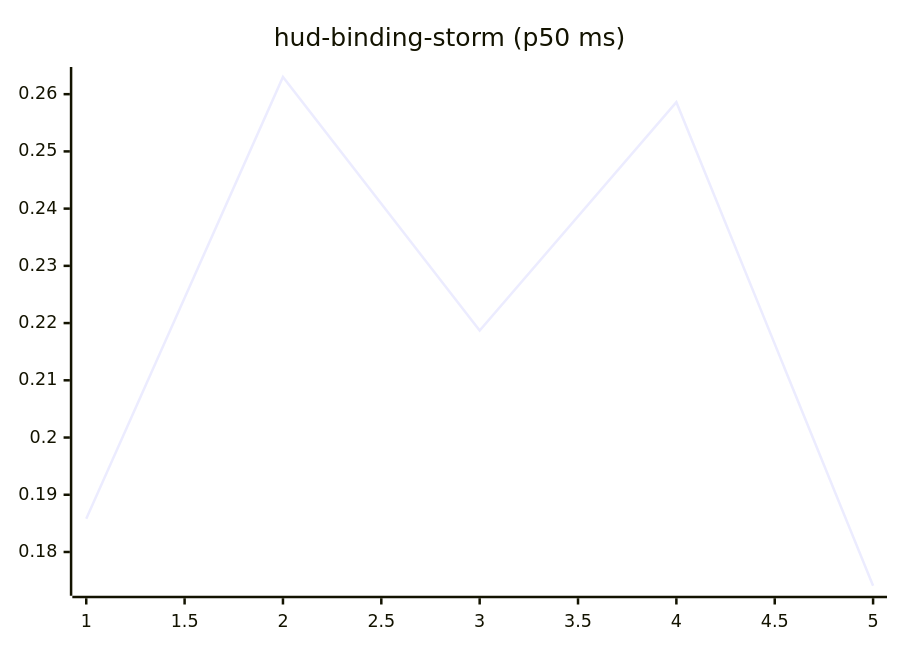
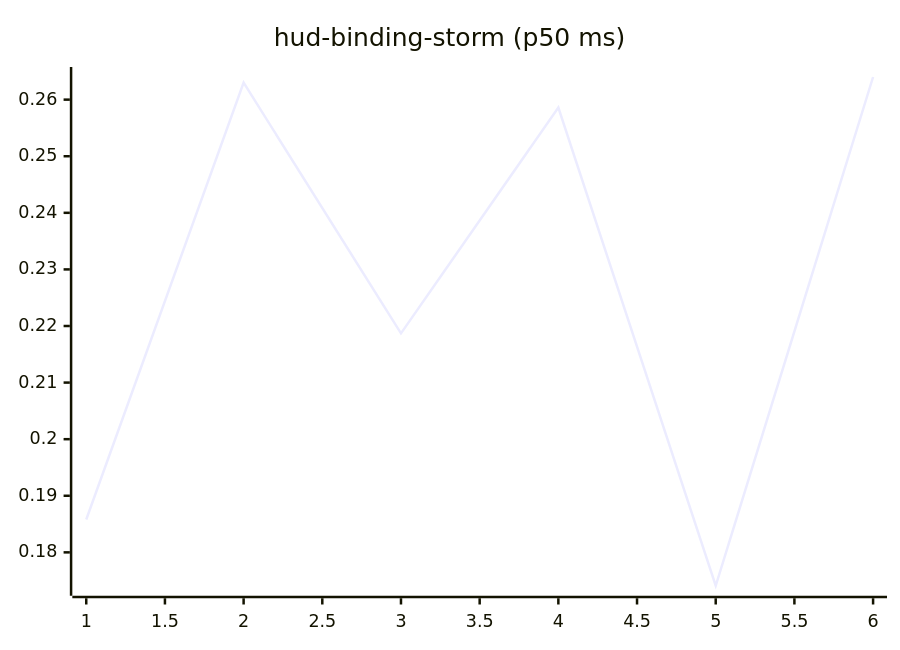
One commit to josha/Facet changed the tenth of 27 diagrams in README.md. Above: the diagram before and after it, drawn with Mermaid. The commit also changed other lines of this file and 2 other files, not shown here.

````diff
--- a/README.md
+++ b/README.md
@@ -126,6 +126,6 @@
 ```mermaid
 xychart-beta
     title "hud-binding-storm (p50 ms)"
-    x-axis 1 --> 5
-    line [0.1858, 0.2630, 0.2187, 0.2586, 0.1741]
+    x-axis 1 --> 6
+    line [0.1858, 0.2630, 0.2187, 0.2586, 0.1741, 0.2640]
 ```
````
